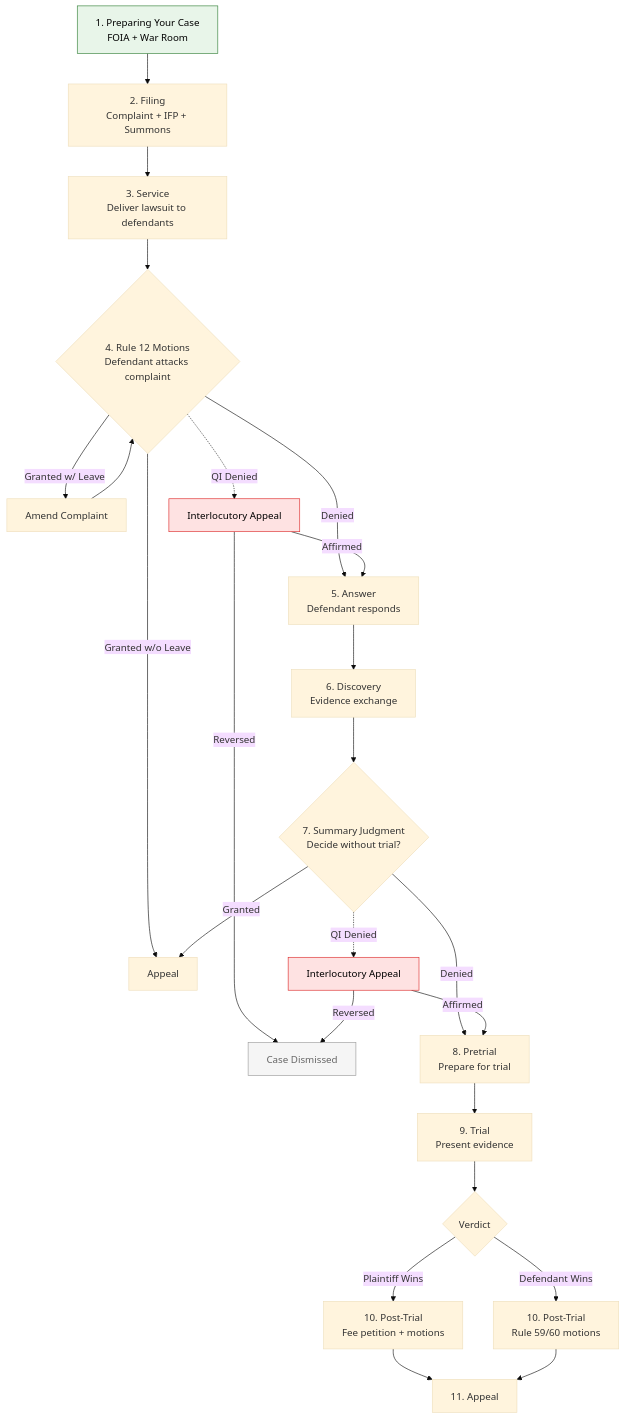
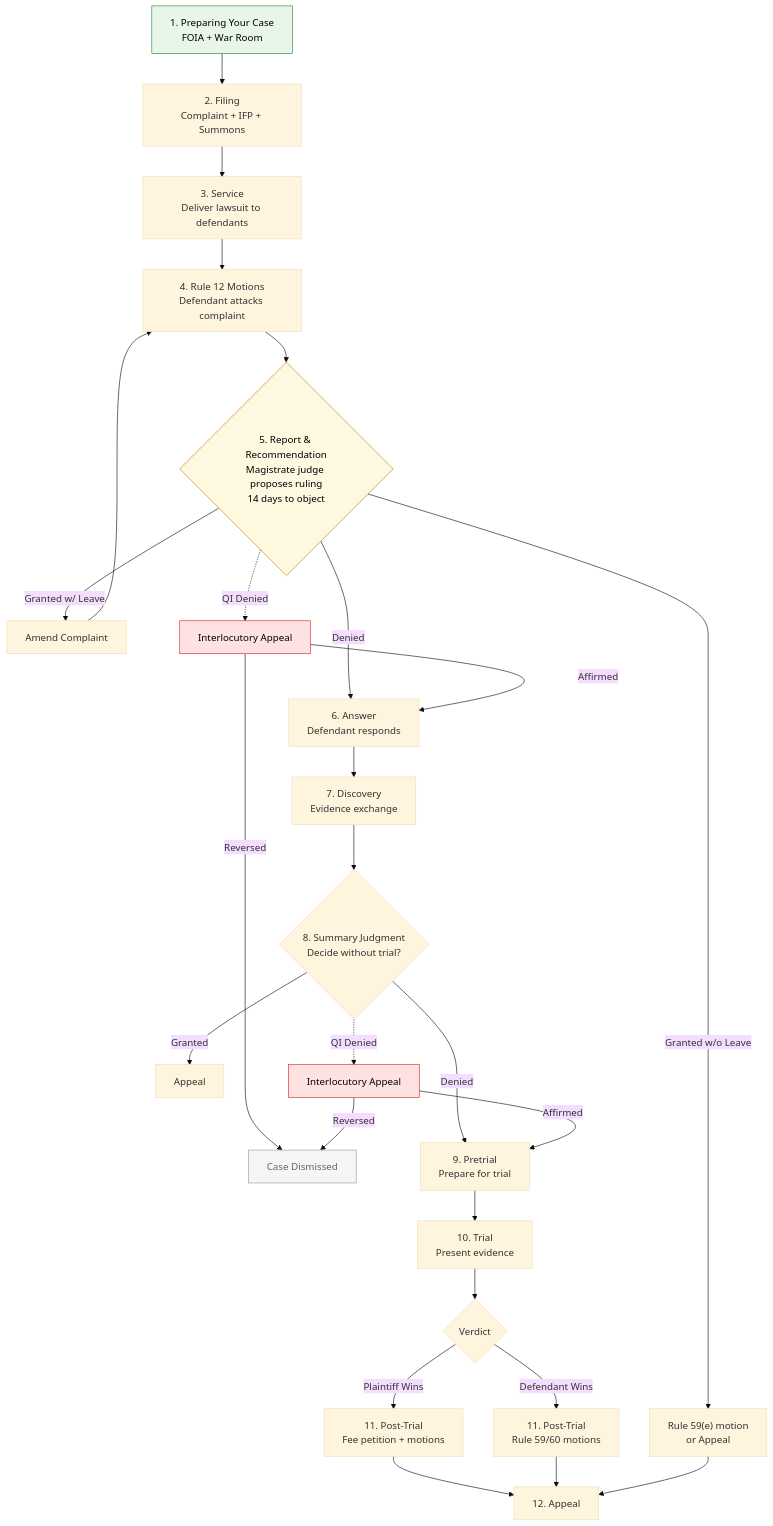
One commit to PoliceConductUS/section1983.org changed the diagram in diagrams/process-flowchart.mmd. Above: the diagram before and after it, drawn with Mermaid (base theme).

Commit message:
feat(process): add Report & Recommendation to the flowchart
Regenerated from diagrams/process-flowchart.mmd. Adds the R&R decision
node after Rule 12 Motions, renumbers later stages, routes dismissal
without leave to the Rule 59(e) article, and replaces the dead
/primer/amended-complaint link with the amendment guide.

Claude-Session: https://claude.ai/code/session_01HiXMeBnmeuGuRbXRwbDfTf

```diff
--- a/diagrams/process-flowchart.mmd
+++ b/diagrams/process-flowchart.mmd
@@ -1,43 +1,49 @@
 flowchart TD
     PREP["1. Preparing Your Case<br/>FOIA + War Room"] --> A["2. Filing<br/>Complaint + IFP + Summons"]
     A --> B["3. Service<br/>Deliver lawsuit to defendants"]
-    B --> C{"4. Rule 12 Motions<br/>Defendant attacks complaint"}
-    C -->|Denied| D["5. Answer<br/>Defendant responds"]
-    C -->|"Granted w/ Leave"| A2["Amend Complaint"]
-    C -->|"Granted w/o Leave"| APP["Appeal"]
+    B --> C["4. Rule 12 Motions<br/>Defendant attacks complaint"]
+    C --> RR{"5. Report & Recommendation<br/>Magistrate judge proposes ruling<br/>14 days to object"}
+    RR -->|Denied| D["6. Answer<br/>Defendant responds"]
+    RR -->|"Granted w/ Leave"| A2["Amend Complaint"]
+    RR -->|"Granted w/o Leave"| R59["Rule 59(e) motion<br/>or Appeal"]
     A2 --> C
-    C -.->|"QI Denied"| IA["Interlocutory Appeal"]
+    RR -.->|"QI Denied"| IA["Interlocutory Appeal"]
     IA -->|Reversed| DONE[Case Dismissed]
     IA -->|Affirmed| D
-    D --> E["6. Discovery<br/>Evidence exchange"]
-    E --> F{"7. Summary Judgment<br/>Decide without trial?"}
-    F -->|Denied| G["8. Pretrial<br/>Prepare for trial"]
-    F -->|Granted| APP
+    D --> E["7. Discovery<br/>Evidence exchange"]
+    E --> F{"8. Summary Judgment<br/>Decide without trial?"}
+    F -->|Denied| G["9. Pretrial<br/>Prepare for trial"]
+    F -->|Granted| APP["Appeal"]
     F -.->|"QI Denied"| IA2["Interlocutory Appeal"]
     IA2 -->|Reversed| DONE
     IA2 -->|Affirmed| G
-    G --> H["9. Trial<br/>Present evidence"]
+    G --> H["10. Trial<br/>Present evidence"]
     H --> I{Verdict}
-    I -->|"Plaintiff Wins"| J["10. Post-Trial<br/>Fee petition + motions"]
-    I -->|"Defendant Wins"| K["10. Post-Trial<br/>Rule 59/60 motions"]
-    J --> APP2["11. Appeal"]
+    I -->|"Plaintiff Wins"| J["11. Post-Trial<br/>Fee petition + motions"]
+    I -->|"Defendant Wins"| K["11. Post-Trial<br/>Rule 59/60 motions"]
+    J --> APP2["12. Appeal"]
     K --> APP2
+    R59 --> APP2
     click PREP "/process/preparing-your-case" _self
     click A "/process/filing" _self
     click B "/process/service" _self
     click C "/process/rule-12-motions" _self
+    click RR "/process/report-and-recommendation" _self
     click D "/process/answer" _self
     click E "/process/discovery" _self
     click F "/process/summary-judgment" _self
     click IA "/process/interlocutory-appeal" _self
     click IA2 "/process/interlocutory-appeal" _self
     click G "/process/pretrial" _self
     click H "/process/trial" _self
     click J "/process/post-trial-and-appeal" _self
     click K "/process/post-trial-and-appeal" _self
+    click APP "/process/post-trial-and-appeal" _self
     click APP2 "/process/post-trial-and-appeal" _self
-    click A2 "/primer/amended-complaint" _self
+    click A2 "/articles/how-to-amend-a-section-1983-complaint" _self
+    click R59 "/articles/rule-59e-motion-after-dismissal-in-a-section-1983-case" _self
     style PREP fill:#e8f5e9,stroke:#2e7d32,color:#000
+    style RR fill:#fff8e1,stroke:#b58105,color:#000
     style IA fill:#fee2e2,stroke:#dc2626,color:#000
     style IA2 fill:#fee2e2,stroke:#dc2626,color:#000
     style DONE fill:#f5f5f5,stroke:#999,color:#666
```
